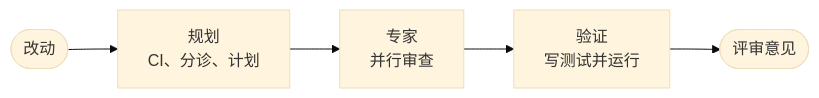
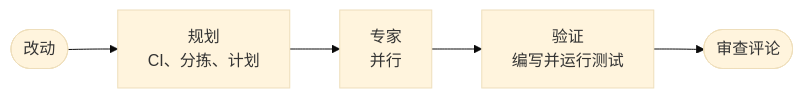
Before and after one commit to Pleasurecruise/eyeful: the diagram in docs/zh/README.md, drawn with Mermaid (base theme). The commit also changed other lines of this file and 51 other files, not shown here.

````diff
--- a/docs/zh/README.md
+++ b/docs/zh/README.md
@@ -5,7 +5,7 @@
 ```mermaid
 flowchart LR
-    change(["改动"]) --> plan["规划<br/>CI、分诊、计划"]
-    plan --> experts["专家<br/>并行审查"]
-    experts --> verify["验证<br/>写测试并运行"]
-    verify --> feedback(["评审意见"])
+    change(["改动"]) --> plan["规划<br/>CI、分拣、计划"]
+    plan --> experts["专家<br/>并行"]
+    experts --> verify["验证<br/>编写并运行测试"]
+    verify --> feedback(["审查评论"])
 ```
````
